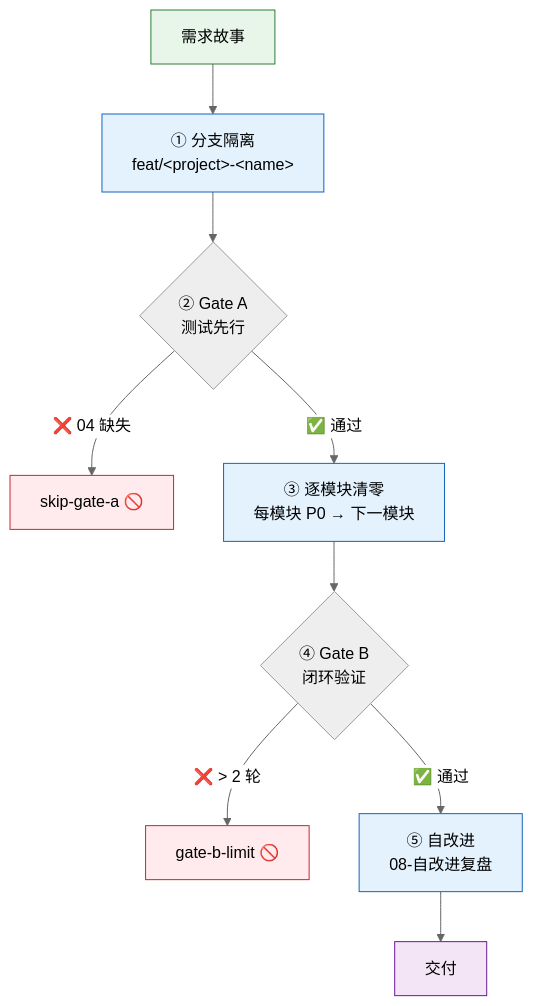
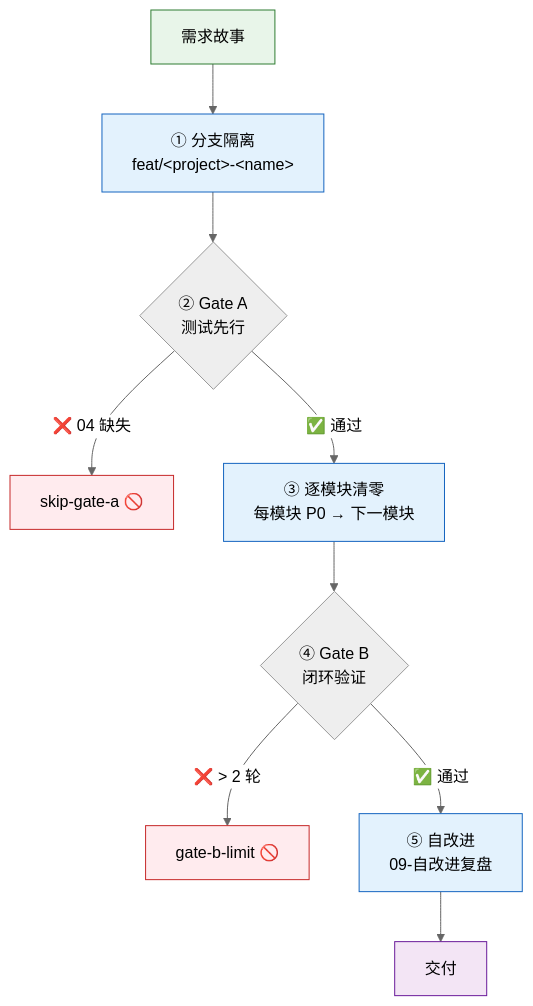
Before and after one commit to effiy/YrY: the first of 9 diagrams in rules/code-pipeline.md, drawn with Mermaid (neutral theme). The commit also changed other lines of this file and 11 other files, not shown here.

````diff
--- a/rules/code-pipeline.md
+++ b/rules/code-pipeline.md
@@ -29,16 +29,16 @@
 ```mermaid
 flowchart TB
     REQ["需求故事"]:::src --> BR["① 分支隔离<br/>feat/&lt;project&gt;-&lt;name&gt;"]:::phase
     BR --> GA{"② Gate A<br/>测试先行"}
     GA -->|"❌ 04 缺失"| X1["skip-gate-a 🚫"]:::block
     GA -->|"✅ 通过"| MOD["③ 逐模块清零<br/>每模块 P0 → 下一模块"]:::phase
     MOD --> GB{"④ Gate B<br/>闭环验证"}
     GB -->|"❌ > 2 轮"| X2["gate-b-limit 🚫"]:::block
-    GB -->|"✅ 通过"| SI["⑤ 自改进<br/>08-自改进复盘"]:::phase
+    GB -->|"✅ 通过"| SI["⑤ 自改进<br/>09-自改进复盘"]:::phase
     SI --> DONE["交付"]:::done
 
     classDef src fill:#e8f5e9,stroke:#2e7d32;
     classDef phase fill:#e3f2fd,stroke:#1565c0;
     classDef block fill:#ffebee,stroke:#c62828;
     classDef done fill:#f3e5f5,stroke:#6a1b9a;
 ```
````
